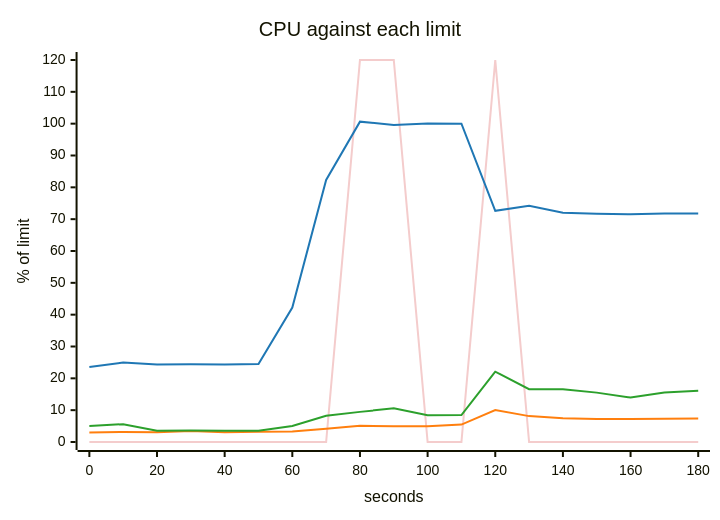
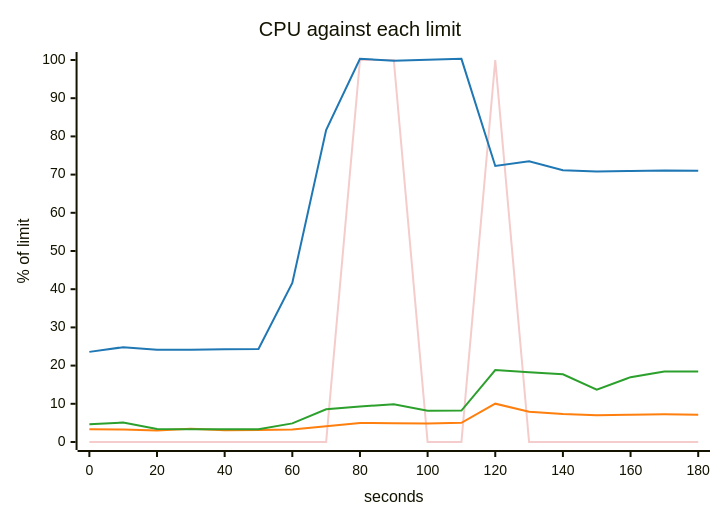
Before and after one commit to akinfemi/load-lore: the fifth of 5 diagrams in scenarios/featured-on-hacker-news/solutions/scale-on-inflight/report.md, drawn with Mermaid. The commit also changed other lines of this file and 125 other files, not shown here.

````diff
--- a/scenarios/featured-on-hacker-news/solutions/scale-on-inflight/report.md
+++ b/scenarios/featured-on-hacker-news/solutions/scale-on-inflight/report.md
@@ -96,17 +96,17 @@
 ```mermaid
 ---
 config:
   themeVariables:
     xyChart:
       backgroundColor: "transparent"
       plotColorPalette: "#f4cccc, #1f77b4, #ff7f0e, #2ca02c"
 ---
 xychart-beta
     title "CPU against each limit"
     x-axis "seconds" 0 --> 180
-    y-axis "% of limit" 0 --> 120
-    line [0, 0, 0, 0, 0, 0, 0, 0, 120, 120, 0, 0, 120, 0, 0, 0, 0, 0, 0]
-    line [23.576, 24.966, 24.359, 24.451, 24.326, 24.494, 42.218, 82.306, 100.629, 99.578, 100.087, 99.987, 72.62, 74.194, 72.051, 71.706, 71.553, 71.803, 71.789]
-    line [3.006, 3.153, 3.053, 3.46, 3.063, 3.23, 3.31, 4.124, 5.101, 4.92, 4.956, 5.462, 10.06, 8.13, 7.455, 7.248, 7.207, 7.297, 7.353]
-    line [5.046, 5.609, 3.518, 3.587, 3.505, 3.555, 5.047, 8.256, 9.465, 10.582, 8.379, 8.456, 22.101, 16.607, 16.538, 15.51, 13.948, 15.514, 16.096]
+    y-axis "% of limit" 0 --> 100
+    line [0, 0, 0, 0, 0, 0, 0, 0, 100, 100, 0, 0, 100, 0, 0, 0, 0, 0, 0]
+    line [23.593, 24.819, 24.179, 24.149, 24.294, 24.348, 41.633, 81.683, 100.308, 99.805, 100.073, 100.301, 72.251, 73.516, 71.129, 70.837, 70.942, 71.088, 70.992]
+    line [3.337, 3.243, 2.985, 3.459, 3.056, 3.161, 3.301, 4.113, 4.962, 4.94, 4.865, 5.021, 10.038, 7.937, 7.307, 6.982, 7.128, 7.239, 7.161]
+    line [4.651, 5.101, 3.431, 3.363, 3.345, 3.348, 4.877, 8.578, 9.282, 9.886, 8.153, 8.215, 18.824, 18.267, 17.725, 13.698, 16.973, 18.473, 18.449]
 ```
````
